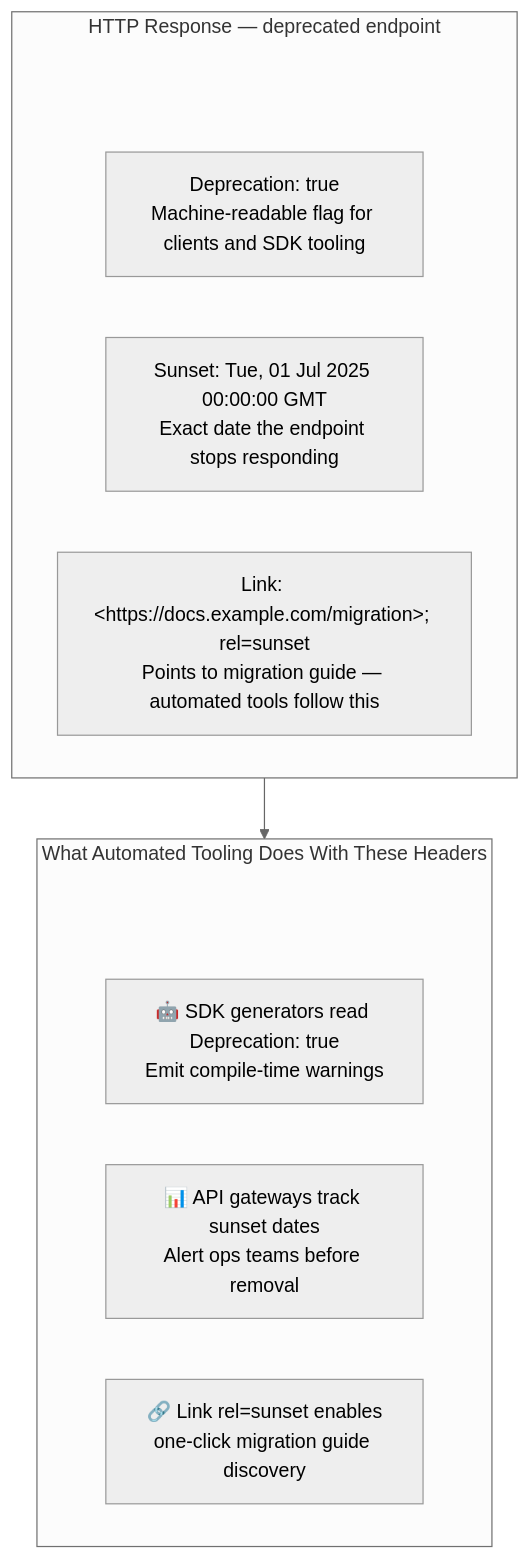
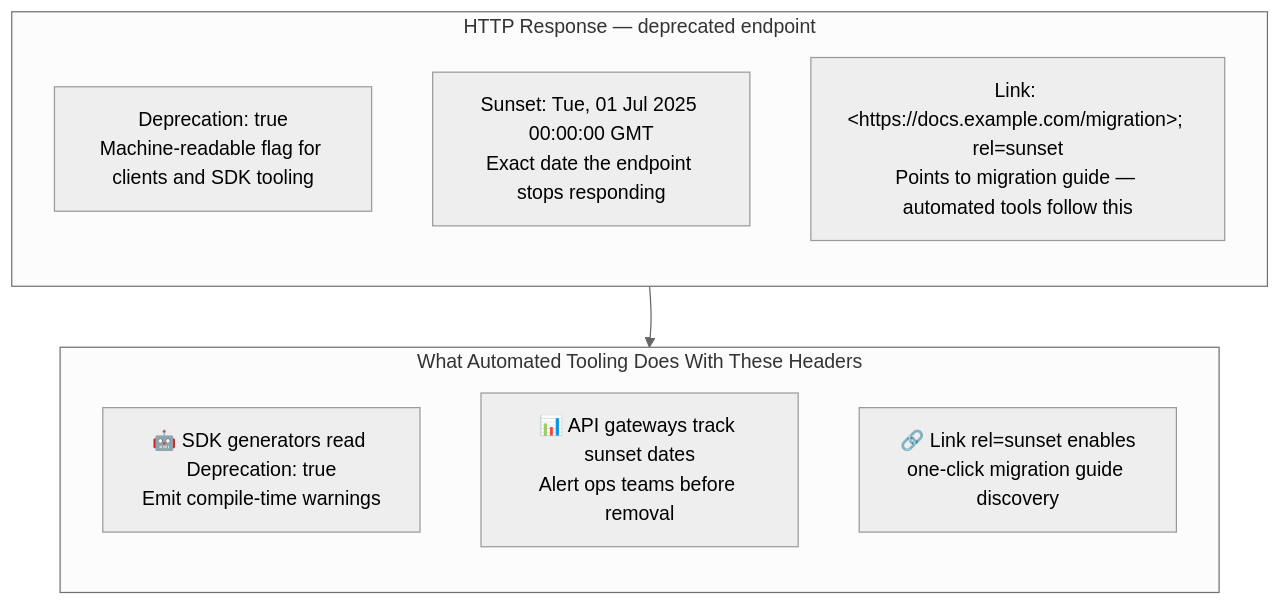
Before and after one commit to romangurevitch/GoTraining: the second of 6 diagrams in internal/fundamentals/api-lifecycle-and-deployment/02-graceful-sunsetting.md, drawn with Mermaid (neutral theme). The commit also changed other lines of this file and 20 other files, not shown here.

````diff
--- a/internal/fundamentals/api-lifecycle-and-deployment/02-graceful-sunsetting.md
+++ b/internal/fundamentals/api-lifecycle-and-deployment/02-graceful-sunsetting.md
@@ -23,20 +24,20 @@
 ```mermaid
-graph TB
+graph TD
     subgraph Response["HTTP Response — deprecated endpoint"]
-        SPACE1["  "]
+        direction TB
         H1["Deprecation: true<br/>Machine-readable flag for clients and SDK tooling"]
         H2["Sunset: Tue, 01 Jul 2025 00:00:00 GMT<br/>Exact date the endpoint stops responding"]
         H3["Link: &lt;https://docs.example.com/migration&gt;; rel=sunset<br/>Points to migration guide — automated tools follow this"]
     end
 
+    Response ~~~ Tooling
+
     subgraph Tooling["What Automated Tooling Does With These Headers"]
-        SPACE2["  "]
+        direction TB
         T1["🤖 SDK generators read Deprecation: true<br/>Emit compile-time warnings"]
         T2["📊 API gateways track sunset dates<br/>Alert ops teams before removal"]
         T3["🔗 Link rel=sunset enables<br/>one-click migration guide discovery"]
     end
 
-    style SPACE1 fill:none,stroke:none
-    style SPACE2 fill:none,stroke:none
     Response --> Tooling
 ```
````
